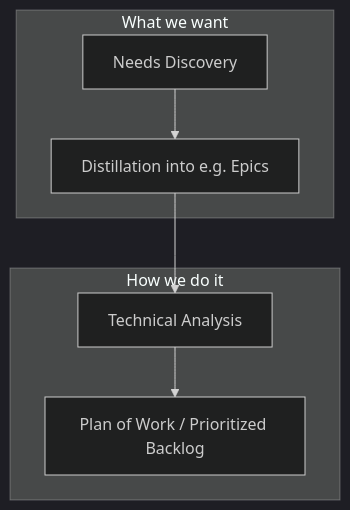
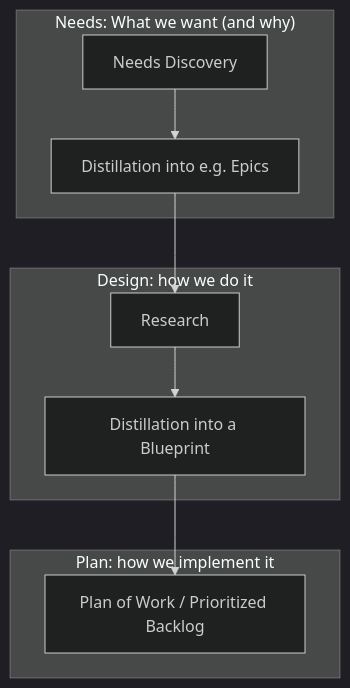
One commit to datopian/playbook changed the third of 5 diagrams in dojo/analysis/README.md. Above: the diagram before and after it, drawn with Mermaid (dark theme). The commit also changed other lines of this file, not shown here.

Commit message:
[dojo/analysis][s]: refactor some mermaid to be clearer, proof a bit and add gdoc analysis template in higher up.

````diff
--- a/dojo/analysis/README.md
+++ b/dojo/analysis/README.md
@@ -66,17 +66,22 @@
 ```mermaid
 graph TD
 
 needs --> epics
-epics --> analysis
-analysis --> plan
+epics --> designr
+designr --> design
+design --> plan
 
-subgraph "What we want"
+subgraph "Needs: What we want (and why)"
   needs[Needs Discovery]
   epics[Distillation into e.g. Epics]
 end
 
-subgraph "How we do it"
-  analysis[Technical Analysis]
+subgraph "Design: how we do it"
+  designr[Research]
+  design[Distillation into a Blueprint]
+end
+
+subgraph "Plan: how we implement it"
   plan[Plan of Work / Prioritized Backlog]
 end
 ```
````
